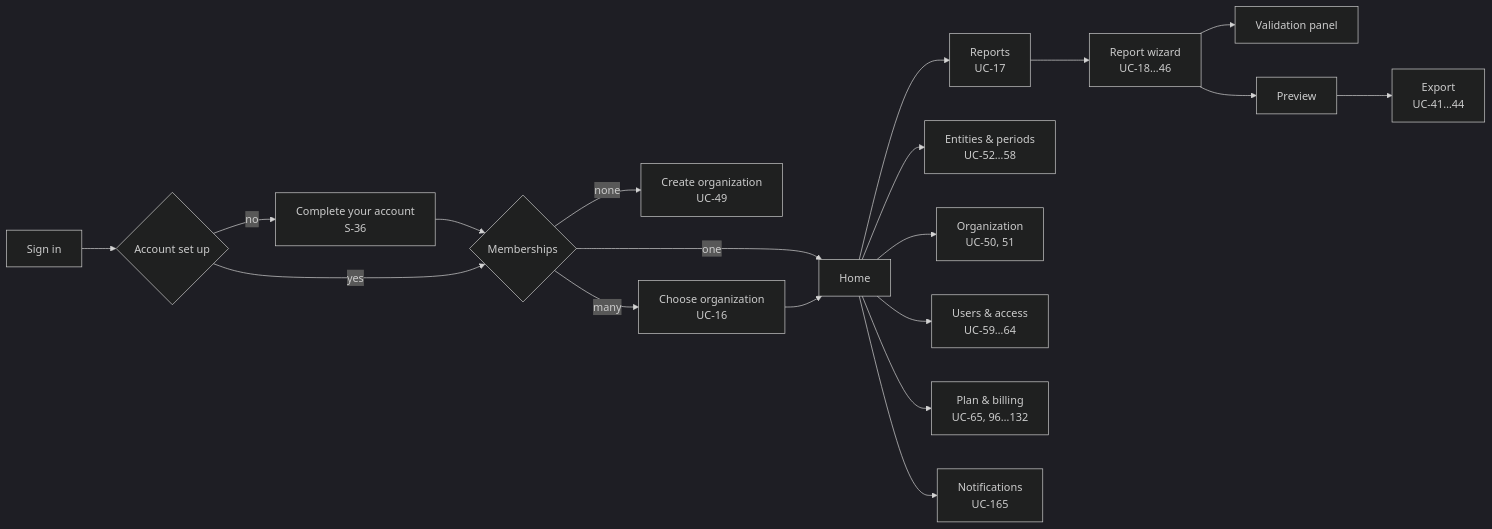
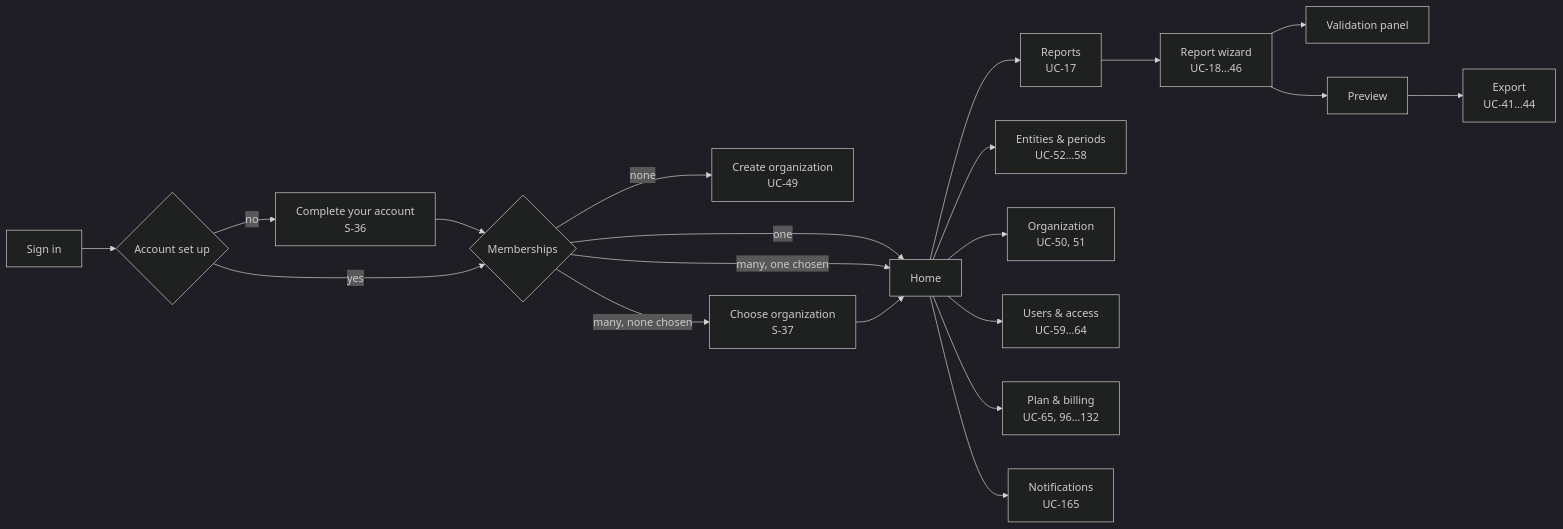
The diagram in docs/design_spec.md (eamtcPROG/easyesg), drawn with Mermaid (dark theme) before and after one commit. The commit also changed other lines of this file and 102 other files, not shown here.

````diff
--- a/docs/design_spec.md
+++ b/docs/design_spec.md
@@ -239,18 +245,19 @@
 ```mermaid
 graph LR
     A["Sign in"] --> Z{"Account set up"}
     Z -->|no| Y["Complete your account<br/>S-36"] --> B
     Z -->|yes| B{"Memberships"}
     B -->|none| C["Create organization<br/>UC-49"]
     B -->|one| D["Home"]
-    B -->|many| E["Choose organization<br/>UC-16"] --> D
+    B -->|many, one chosen| D
+    B -->|many, none chosen| E["Choose organization<br/>S-37"] --> D
     D --> F["Reports<br/>UC-17"]
     D --> G["Entities & periods<br/>UC-52…58"]
     D --> H["Organization<br/>UC-50, 51"]
     D --> I["Users & access<br/>UC-59…64"]
     D --> J["Plan & billing<br/>UC-65, 96…132"]
     D --> K["Notifications<br/>UC-165"]
     F --> W["Report wizard<br/>UC-18…46"]
     W --> V["Validation panel"]
     W --> P["Preview"] --> X["Export<br/>UC-41…44"]
 ```
````
